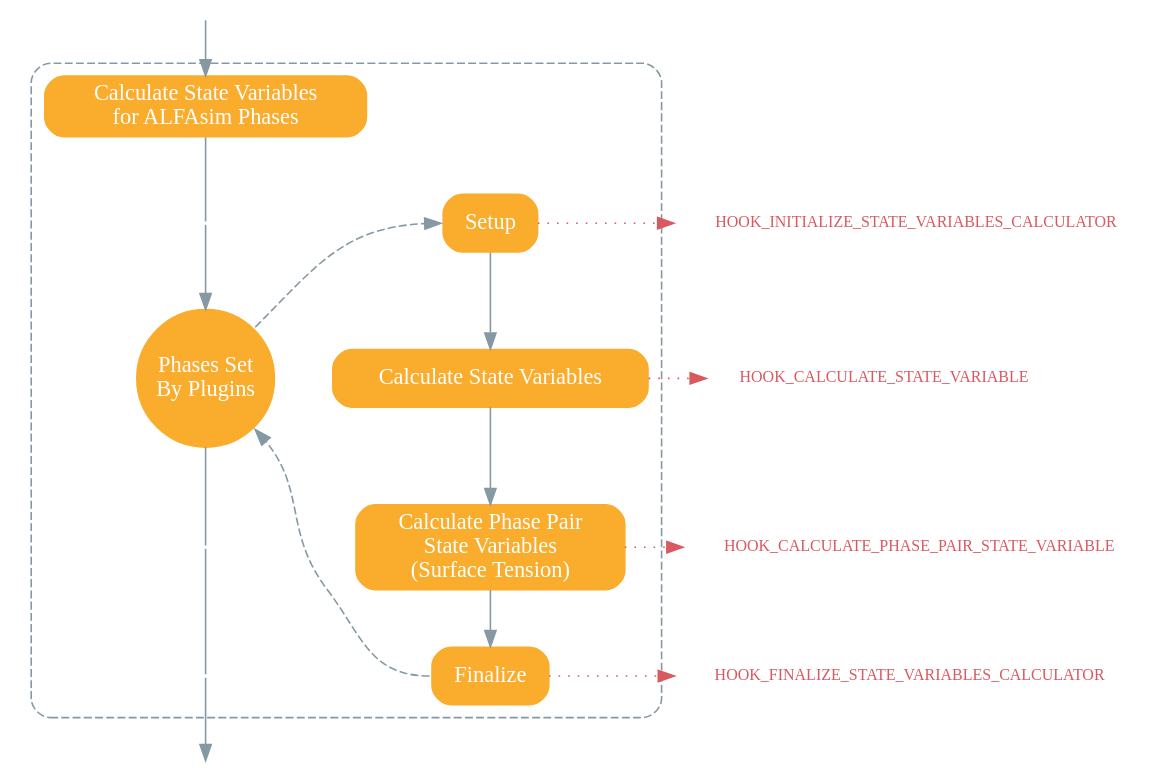
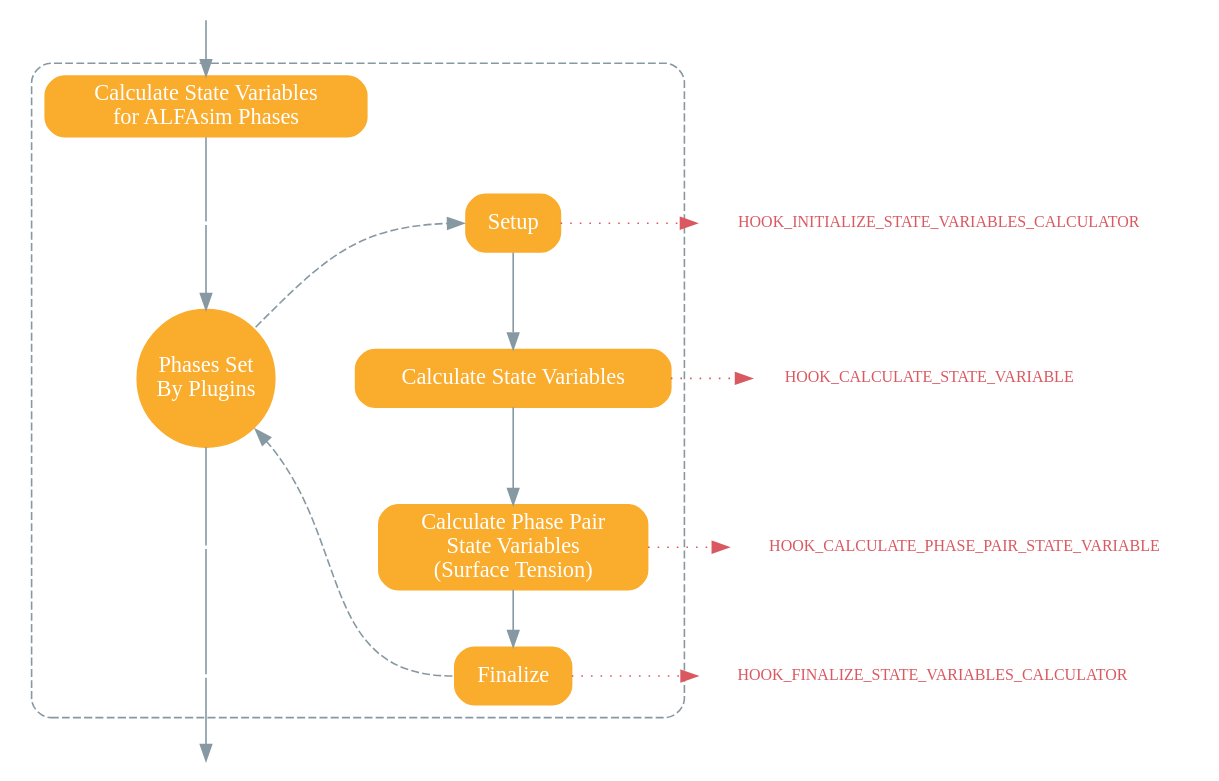
The diagram in docs/source/_static/graphviz/state_variable_calculator.dot (ESSS/alfasim-sdk), drawn with Graphviz before and after one commit. The commit also changed 3 other files, not shown here.

Commit message:
Update graphviz

```diff
--- a/docs/source/_static/graphviz/state_variable_calculator.dot
+++ b/docs/source/_static/graphviz/state_variable_calculator.dot
@@ -1,76 +1,62 @@
 digraph {
         newrank=true
-        nodesep=0.5
+        nodesep=0.7
         node [fillcolor="#FAAC2C" style="rounded, filled" color="#FAAC2C" fontcolor="#ffffff" shape="rectangular"]
         edge [ color="#8699A3" fontcolor="#2c3e50" ]
 
         node_1 [label="Calculate State Variables \n for ALFAsim Phases"]
         node_2 [label="Setup"]
         node_3 [label="Calculate State Variables"]
         node_4 [label="Calculate Phase Pair \n State Variables \n (Surface Tension)"]
         node_5 [label="Finalize"]
 
         loop_1 [fixedsize=true, label="Phases Set \n By Plugins", width="1.2", shape="circle"]
 
         node [shape=point style=invis width=0]
         invisible_init
         invisible_end
         invisible_1
         invisible_2
         invisible_3
 
-
         node[peripheries="0" shape="cds", color="#DA5961",  fontcolor="#DA5961" , style="" target="_top" fontsize=10]
         hook_initialize_state_variables_calculator [label=" HOOK_INITIALIZE_STATE_VARIABLES_CALCULATOR" URL="../06_solver_hooks.html#alfasim_sdk.hook_specs.initialize_state_variables_calculator"]
         hook_calculate_state_variable [label=" HOOK_CALCULATE_STATE_VARIABLE", URL="../06_solver_hooks.html#alfasim_sdk.hook_specs.calculate_state_variable"]
         hook_calculate_phase_pair_state_variable [label=" HOOK_CALCULATE_PHASE_PAIR_STATE_VARIABLE", URL="../06_solver_hooks.html#alfasim_sdk.hook_specs.calculate_phase_pair_state_variable"]
         hook_finalize_state_variables_calculator [label=" HOOK_FINALIZE_STATE_VARIABLES_CALCULATOR" URL="../06_solver_hooks.html#alfasim_sdk.hook_specs.finalize_state_variables_calculator"]
 
-
         {rank = same   node_2   hook_initialize_state_variables_calculator   }
         {rank = same   node_3   hook_calculate_state_variable   }
         {rank = same   node_4   hook_calculate_phase_pair_state_variable}
         {rank = same   node_5   hook_finalize_state_variables_calculator   }
-
-        // Main Flow
-
         {rank=same loop_1 node_3}
-        //{rank=same invisible_1 node_2}
-        //{rank=same invisible_2 node_4}
-        //{rank=same invisible_3 node_5}
-
-        node[group=b]
-        invisible_init;node_1;loop_1;invisible_end
 
         invisible_init -> node_1
 
         subgraph cluster1{
             label=""
             labeljust="l"
             style="rounded, dashed"
             color="#8699A3"
 
-
             node_2->node_3->node_4->node_5 [weight=9999]
             loop_1:ne -> node_2:w [style=dashed]
             node_5:w -> loop_1:se    [style=dashed]
 
+            invisible_1 -> loop_1 [weight=9999]
 
-            invisible_1 -> loop_1 [weight=9999]
             edge[arrowhead=none style=normal]
             node_1 -> invisible_1 [weight=9999]
             loop_1 -> invisible_2
             invisible_2 -> invisible_3
         }
 
         invisible_3 -> invisible_end
 
-
         edge[constraint=false, style=dotted, color="#DA5961"]
-
-        node_2 -> hook_initialize_state_variables_calculator    [weight=9999]
-        node_3 -> hook_calculate_state_variable                 [weight=9999]
-        node_4 -> hook_calculate_phase_pair_state_variable      [weight=9999]
-        node_5 -> hook_finalize_state_variables_calculator      [weight=9999]
+        node_2 -> hook_initialize_state_variables_calculator
+        node_3 -> hook_calculate_state_variable
+        node_4 -> hook_calculate_phase_pair_state_variable
+        node_5 -> hook_finalize_state_variables_calculator
 
     }
```
